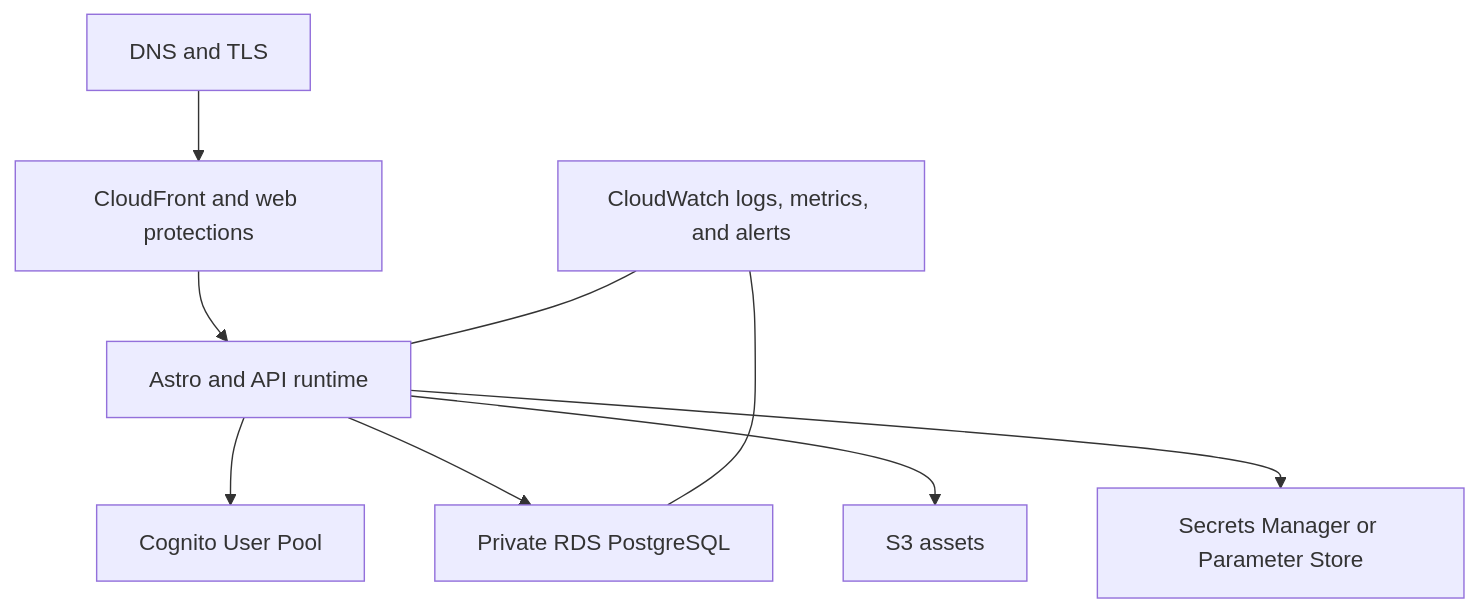
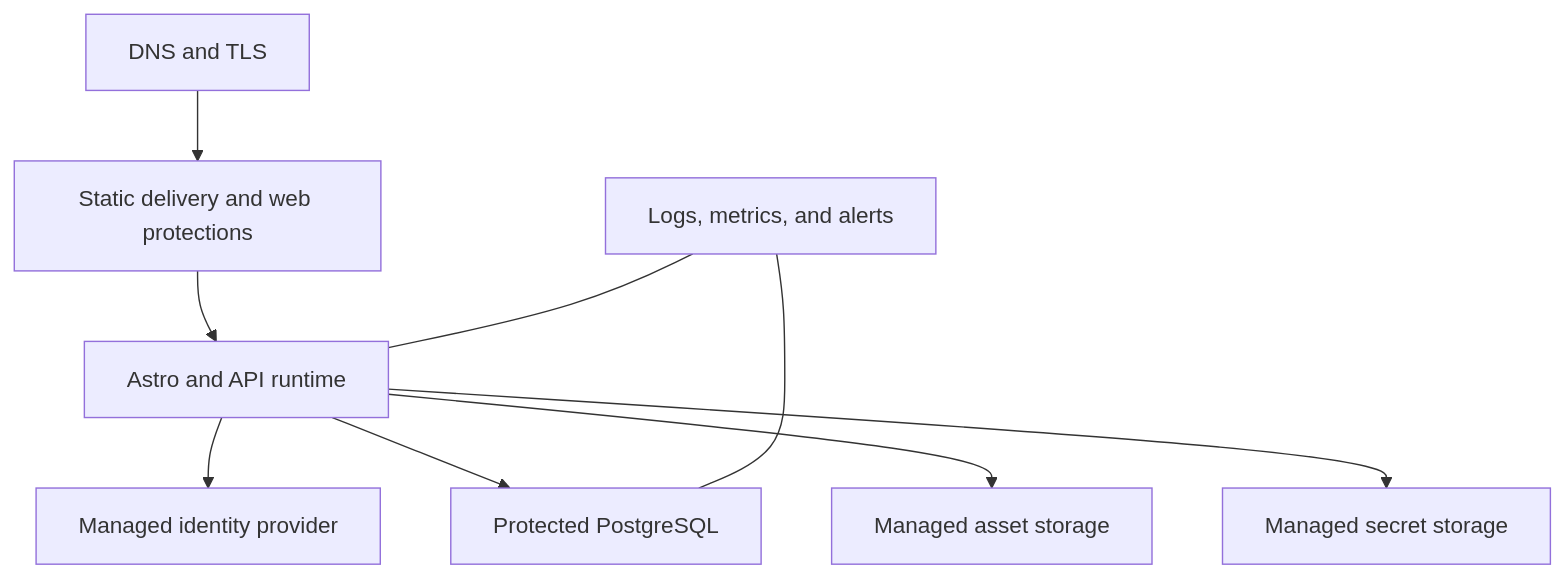
The fifth of 5 diagrams in church-website-architecture-plan.md (samuelsaad/SavingGraceBibleChurchWebsite), drawn with Mermaid before and after one commit. The commit also changed other lines of this file and 30 other files, not shown here.

````diff
--- a/church-website-architecture-plan.md
+++ b/church-website-architecture-plan.md
@@ -1111,11 +1119,11 @@
 ```mermaid
 flowchart TD
-    DNS["DNS and TLS"] --> Edge["CloudFront and web protections"]
+    DNS["DNS and TLS"] --> Edge["Static delivery and web protections"]
     Edge --> App["Astro and API runtime"]
-    App --> Cognito["Cognito User Pool"]
-    App --> RDS["Private RDS PostgreSQL"]
-    App --> S3["S3 assets"]
-    App --> Secrets["Secrets Manager or Parameter Store"]
-    Monitor["CloudWatch logs, metrics, and alerts"] --- App
-    Monitor --- RDS
+    App --> Identity["Managed identity provider"]
+    App --> Database["Protected PostgreSQL"]
+    App --> Assets["Managed asset storage"]
+    App --> Secrets["Managed secret storage"]
+    Monitor["Logs, metrics, and alerts"] --- App
+    Monitor --- Database
 ```
````
